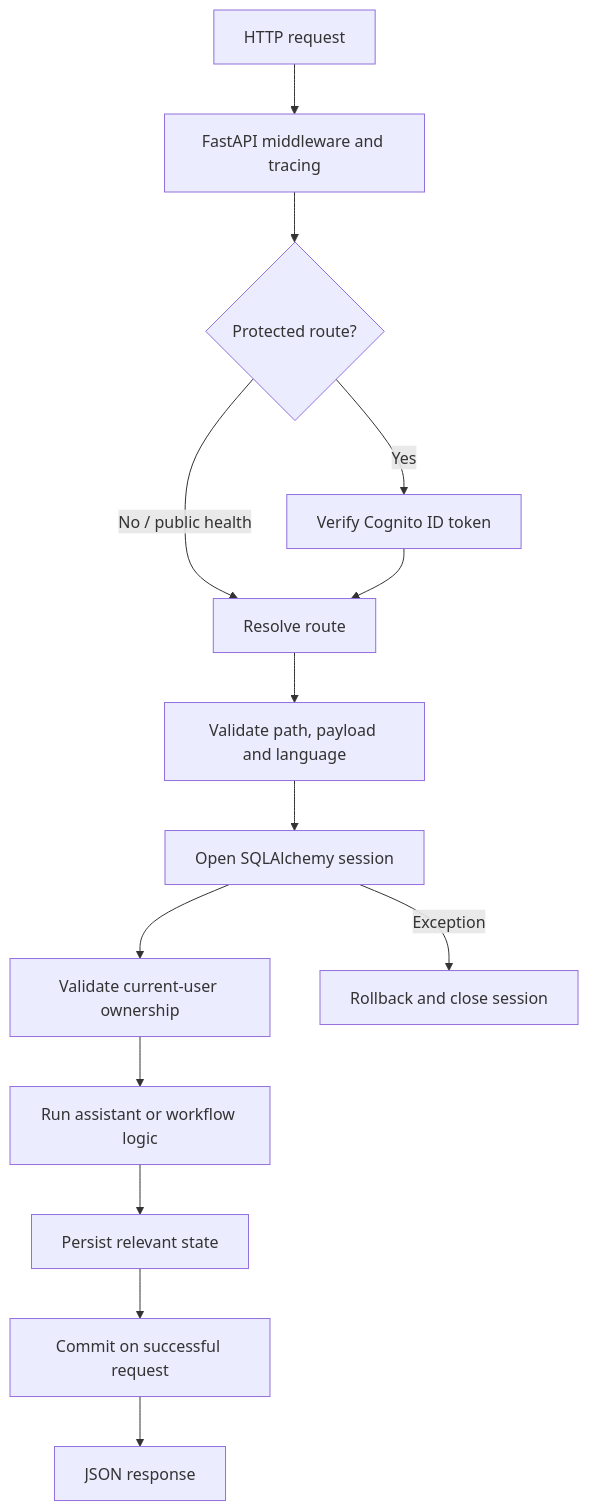
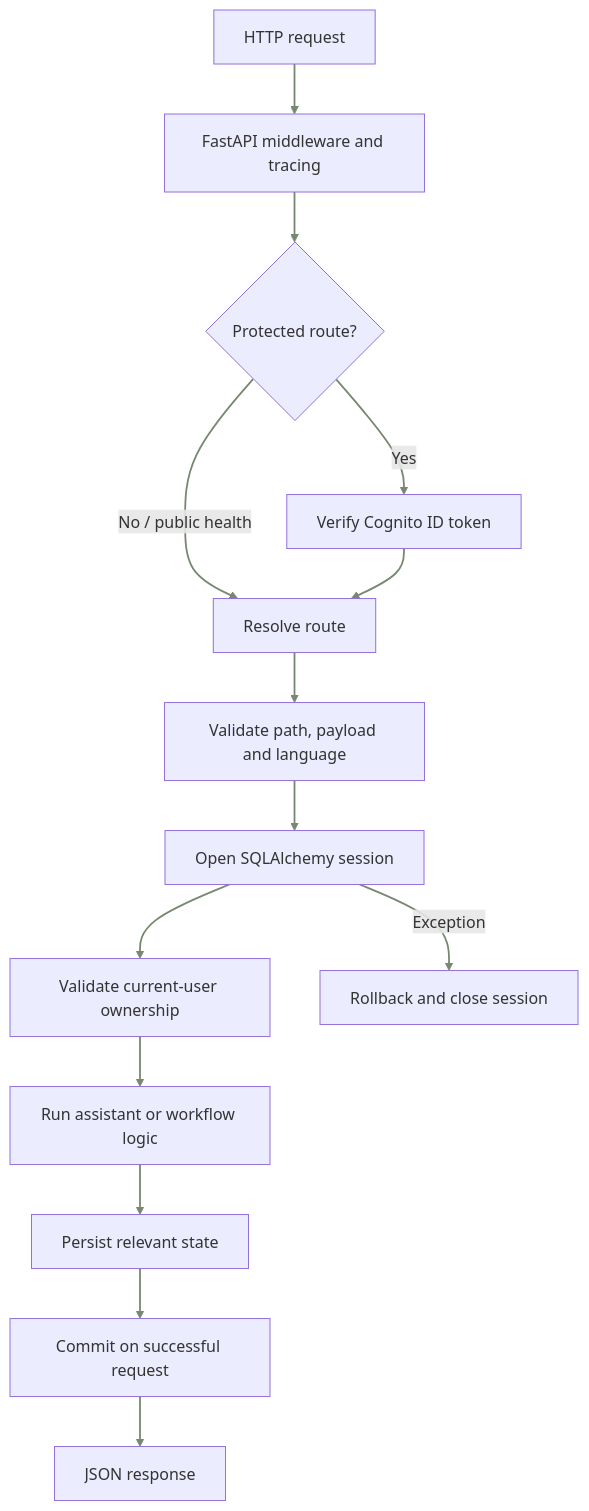
The sixth of 15 diagrams in README.md (SwekcchaCornicle/apnasathi-ai), drawn with Mermaid before and after one commit. The commit also changed other lines of this file, not shown here.

Commit message:
docs: style README diagrams with ApnaSathi palette and AWS icons

````diff
--- a/README.md
+++ b/README.md
@@ -594,16 +668,25 @@
 ```mermaid
 flowchart TD
+  classDef forest fill:#354a3b,stroke:#354a3b,color:#fbfaf7,stroke-width:2px;
+  classDef green fill:#405a46,stroke:#354a3b,color:#fbfaf7,stroke-width:1.8px;
+  classDef sage fill:#d5ddbd,stroke:#76886f,color:#252a23,stroke-width:1.5px;
+  classDef pale fill:#edf0e6,stroke:#647a63,color:#252a23,stroke-width:1.5px;
+  classDef sand fill:#f2e4d2,stroke:#d5a874,color:#252a23,stroke-width:1.5px;
+  classDef paper fill:#fbfaf7,stroke:#9a9a8f,color:#252a23,stroke-width:1.3px;
+  classDef external fill:#f2f1ed,stroke:#b5b4a9,color:#252a23,stroke-width:1.3px;
+  linkStyle default stroke:#76886f,stroke-width:1.8px;
+  class R green;
     R[HTTP request] --> MW[FastAPI middleware and tracing]
     MW --> AUTH{Protected route?}
     AUTH -->|Yes| JWT[Verify Cognito ID token]
     AUTH -->|No / public health| ROUTE[Resolve route]
     JWT --> ROUTE
     ROUTE --> VALID[Validate path, payload and language]
     VALID --> DBSESSION[Open SQLAlchemy session]
     DBSESSION --> OWNER[Validate current-user ownership]
     OWNER --> LOGIC[Run assistant or workflow logic]
     LOGIC --> PERSIST[Persist relevant state]
     PERSIST --> COMMIT[Commit on successful request]
     COMMIT --> RESP[JSON response]
     DBSESSION -->|Exception| ROLLBACK[Rollback and close session]
 ```
````
